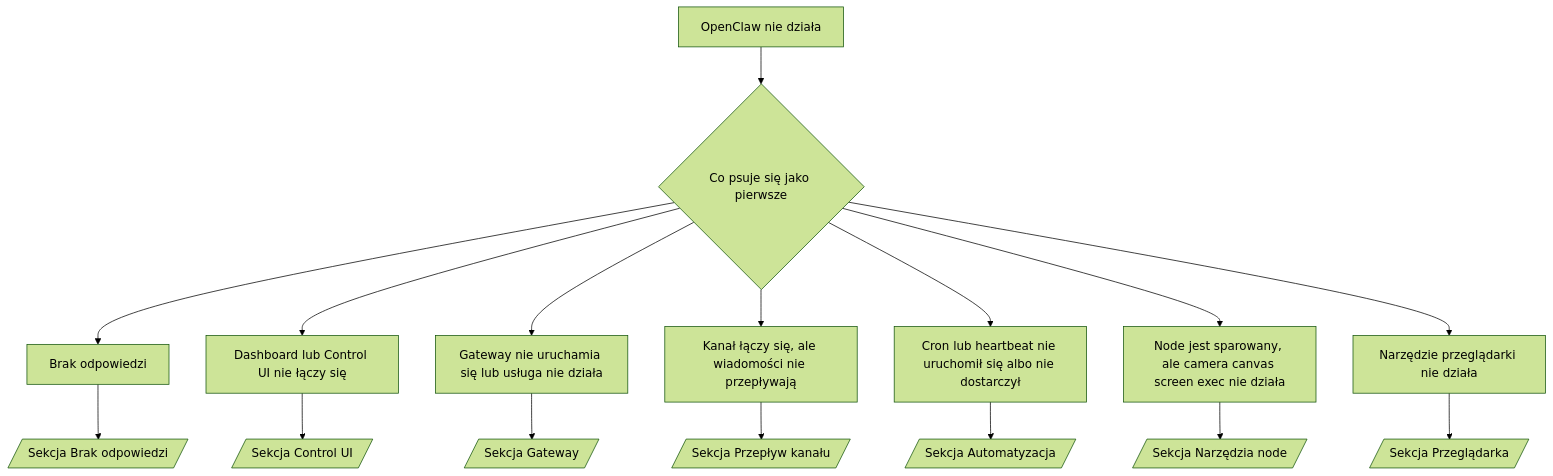
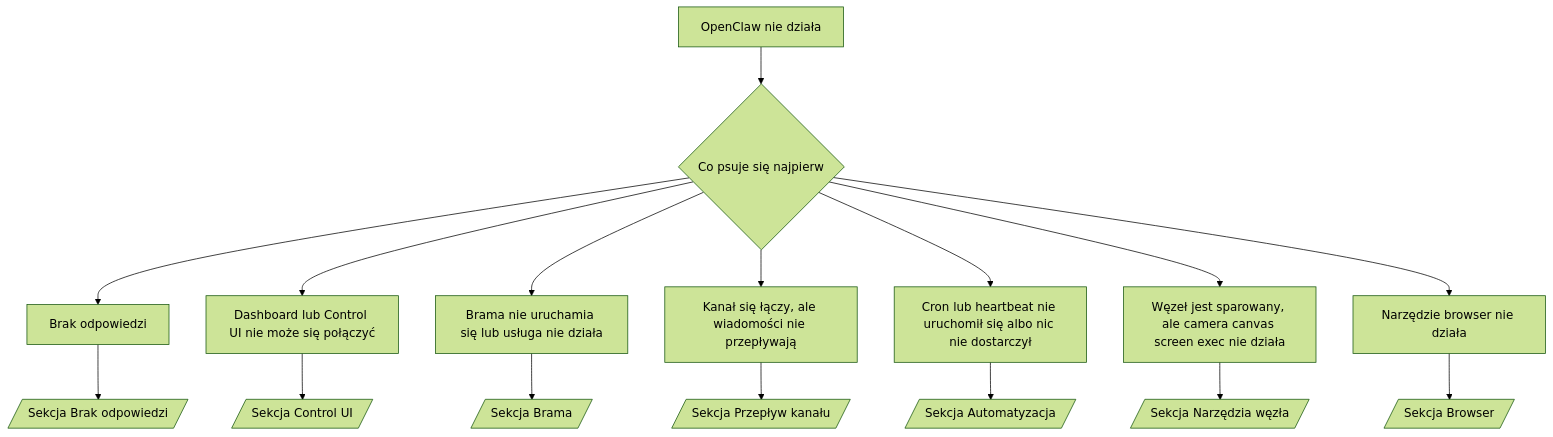
Before and after one commit to daichangya/openclaw-docs: the diagram in docs/pl/help/troubleshooting.md, drawn with Mermaid (forest theme). The commit also changed other lines of this file and 27 other files, not shown here.

````diff
--- a/docs/pl/help/troubleshooting.md
+++ b/docs/pl/help/troubleshooting.md
@@ -92,19 +94,19 @@
 ```mermaid
 flowchart TD
-  A[OpenClaw nie działa] --> B{Co psuje się jako pierwsze}
+  A[OpenClaw nie działa] --> B{Co psuje się najpierw}
   B --> C[Brak odpowiedzi]
-  B --> D[Dashboard lub Control UI nie łączy się]
-  B --> E[Gateway nie uruchamia się lub usługa nie działa]
-  B --> F[Kanał łączy się, ale wiadomości nie przepływają]
-  B --> G[Cron lub heartbeat nie uruchomił się albo nie dostarczył]
-  B --> H[Node jest sparowany, ale camera canvas screen exec nie działa]
-  B --> I[Narzędzie przeglądarki nie działa]
+  B --> D[Dashboard lub Control UI nie może się połączyć]
+  B --> E[Brama nie uruchamia się lub usługa nie działa]
+  B --> F[Kanał się łączy, ale wiadomości nie przepływają]
+  B --> G[Cron lub heartbeat nie uruchomił się albo nic nie dostarczył]
+  B --> H[Węzeł jest sparowany, ale camera canvas screen exec nie działa]
+  B --> I[Narzędzie browser nie działa]
 
   C --> C1[/Sekcja Brak odpowiedzi/]
   D --> D1[/Sekcja Control UI/]
-  E --> E1[/Sekcja Gateway/]
+  E --> E1[/Sekcja Brama/]
   F --> F1[/Sekcja Przepływ kanału/]
   G --> G1[/Sekcja Automatyzacja/]
-  H --> H1[/Sekcja Narzędzia node/]
-  I --> I1[/Sekcja Przeglądarka/]
+  H --> H1[/Sekcja Narzędzia węzła/]
+  I --> I1[/Sekcja Browser/]
 ```
````
